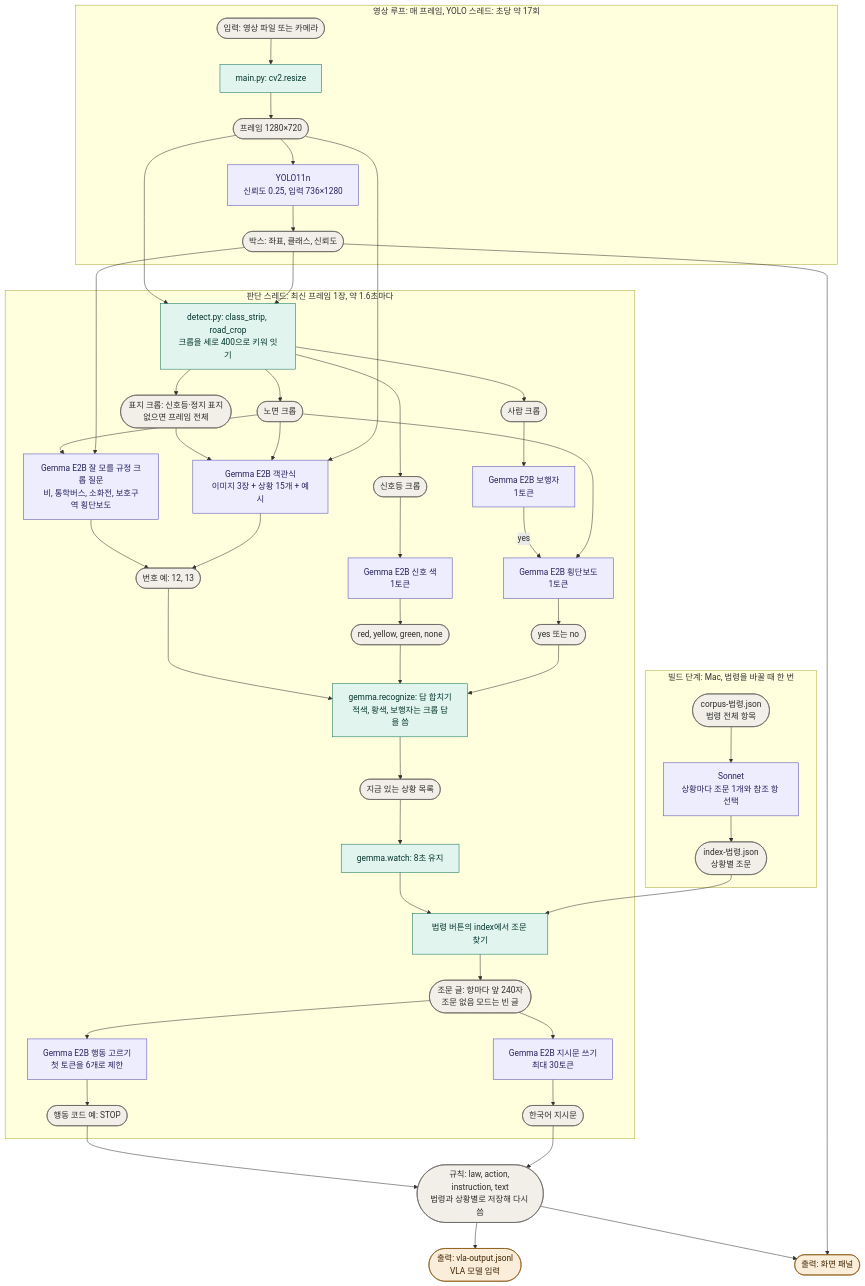
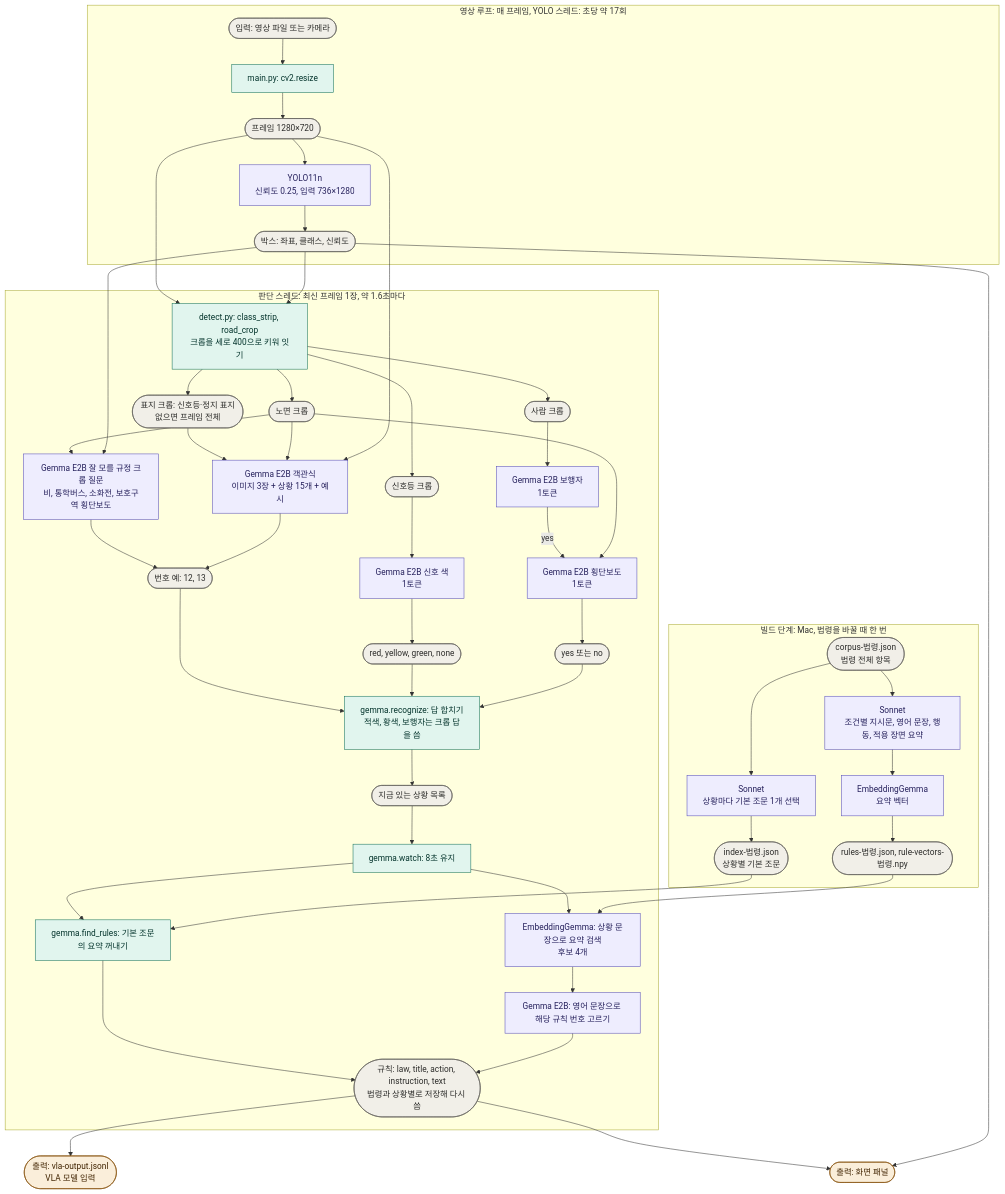
One commit to Nedian0Brien/Vision-LLM-202035152 changed the diagram in Project03/README.md. Above: the diagram before and after it, drawn with Mermaid. The commit also changed other lines of this file and 10 other files, not shown here.

````diff
--- a/Project03/README.md
+++ b/Project03/README.md
@@ -15,61 +16,63 @@
 ```mermaid
 flowchart TD
   subgraph S0["빌드 단계: Mac, 법령을 바꿀 때 한 번"]
-    C0(["corpus-법령.json<br/>법령 전체 항목"]):::data --> C1["Sonnet<br/>상황마다 조문 1개와 참조 항 선택"]:::model
-    C1 --> IDX(["index-법령.json<br/>상황별 조문"]):::data
+    C0(["corpus-법령.json<br/>법령 전체 항목"]):::data --> C1["Sonnet<br/>상황마다 기본 조문 1개 선택"]:::model
+    C1 --> IDX(["index-법령.json<br/>상황별 기본 조문"]):::data
+    C0 --> C2["Sonnet<br/>조건별 지시문, 영어 문장, 행동, 적용 장면 요약"]:::model
+    C2 --> C3["EmbeddingGemma<br/>요약 벡터"]:::model
+    C3 --> RV(["rules-법령.json, rule-vectors-법령.npy"]):::data
   end
   subgraph S1["영상 루프: 매 프레임, YOLO 스레드: 초당 약 17회"]
     IN(["입력: 영상 파일 또는 카메라"]):::data --> RS["main.py: cv2.resize"]:::code
     RS --> FR(["프레임 1280×720"]):::data
     FR --> Y["YOLO11n<br/>신뢰도 0.25, 입력 736×1280"]:::model
     Y --> BX(["박스: 좌표, 클래스, 신뢰도"]):::data
   end
   subgraph S2["판단 스레드: 최신 프레임 1장, 약 1.6초마다"]
     CP["detect.py: class_strip, road_crop<br/>크롭을 세로 400으로 키워 잇기"]:::code
     CP --> IA(["표지 크롭: 신호등·정지 표지<br/>없으면 프레임 전체"]):::data
     CP --> IB(["신호등 크롭"]):::data
     CP --> IC(["사람 크롭"]):::data
     CP --> ID(["노면 크롭"]):::data
     G1["Gemma E2B 객관식<br/>이미지 3장 + 상황 15개 + 예시"]:::model
     G2["Gemma E2B 신호 색<br/>1토큰"]:::model
     G3["Gemma E2B 보행자<br/>1토큰"]:::model
     G4["Gemma E2B 횡단보도<br/>1토큰"]:::model
     G5["Gemma E2B 잘 모를 규정 크롭 질문<br/>비, 통학버스, 소화전, 보호구역 횡단보도"]:::model
     IA --> G1
     ID --> G1
     IB --> G2
     IC --> G3
     G3 -- "yes" --> G4
     ID --> G4
     ID --> G5
     BX --> G5
     G5 --> A1
     G1 --> A1(["번호 예: 12, 13"]):::data
     G2 --> A2(["red, yellow, green, none"]):::data
     G4 --> A3(["yes 또는 no"]):::data
     A1 --> MG["gemma.recognize: 답 합치기<br/>적색, 황색, 보행자는 크롭 답을 씀"]:::code
     A2 --> MG
     A3 --> MG
     MG --> FD(["지금 있는 상황 목록"]):::data
     FD --> HD["gemma.watch: 8초 유지"]:::code
-    HD --> LK["법령 버튼의 index에서 조문 찾기"]:::code
-    LK --> TX(["조문 글: 항마다 앞 240자<br/>조문 없음 모드는 빈 글"]):::data
-    TX --> R1["Gemma E2B 행동 고르기<br/>첫 토큰을 6개로 제한"]:::model
-    TX --> R2["Gemma E2B 지시문 쓰기<br/>최대 30토큰"]:::model
-    R1 --> AC(["행동 코드 예: STOP"]):::data
-    R2 --> IS(["한국어 지시문"]):::data
+    HD --> LK["gemma.find_rules: 기본 조문의 요약 꺼내기"]:::code
+    HD --> SR["EmbeddingGemma: 상황 문장으로 요약 검색<br/>후보 4개"]:::model
+    SR --> R1["Gemma E2B: 영어 문장으로 해당 규칙 번호 고르기"]:::model
+    LK --> RL
+    R1 --> RL
   end
-  AC --> RL(["규칙: law, action, instruction, text<br/>법령과 상황별로 저장해 다시 씀"]):::data
-  IS --> RL
+  RL(["규칙: law, title, action, instruction, text<br/>법령과 상황별로 저장해 다시 씀"]):::data
   RL --> O1(["출력: vla-output.jsonl<br/>VLA 모델 입력"]):::out
   RL --> O2(["출력: 화면 패널"]):::out
   BX --> O2
   FR --> G1
   FR --> CP
   BX --> CP
   IDX --> LK
+  RV --> SR
   classDef model fill:#EEEDFE,stroke:#534AB7,color:#26215C
   classDef code fill:#E1F5EE,stroke:#0F6E56,color:#04342C
   classDef data fill:#F1EFE8,stroke:#5F5E5A,color:#2C2C2A
   classDef out fill:#FAEEDA,stroke:#854F0B,color:#412402
 ```
````
